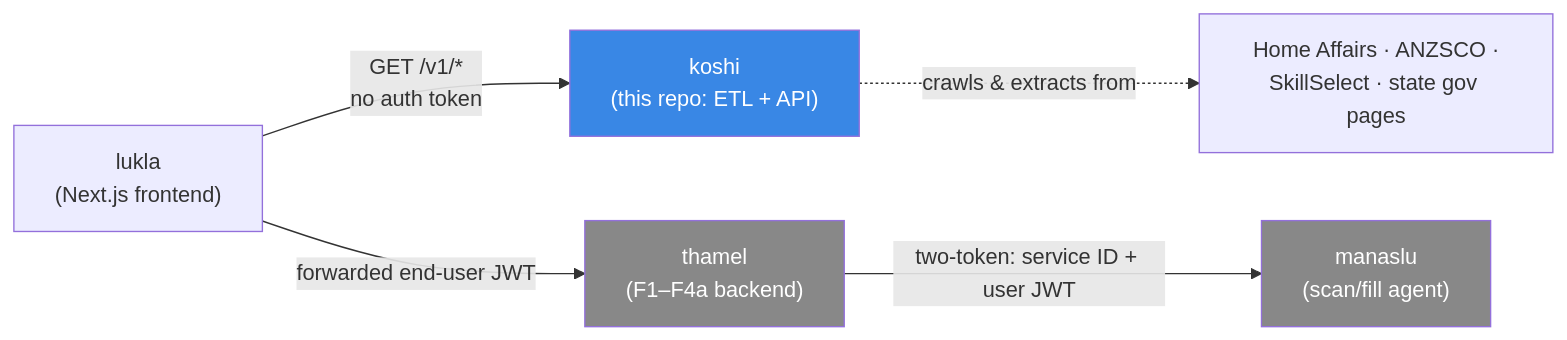
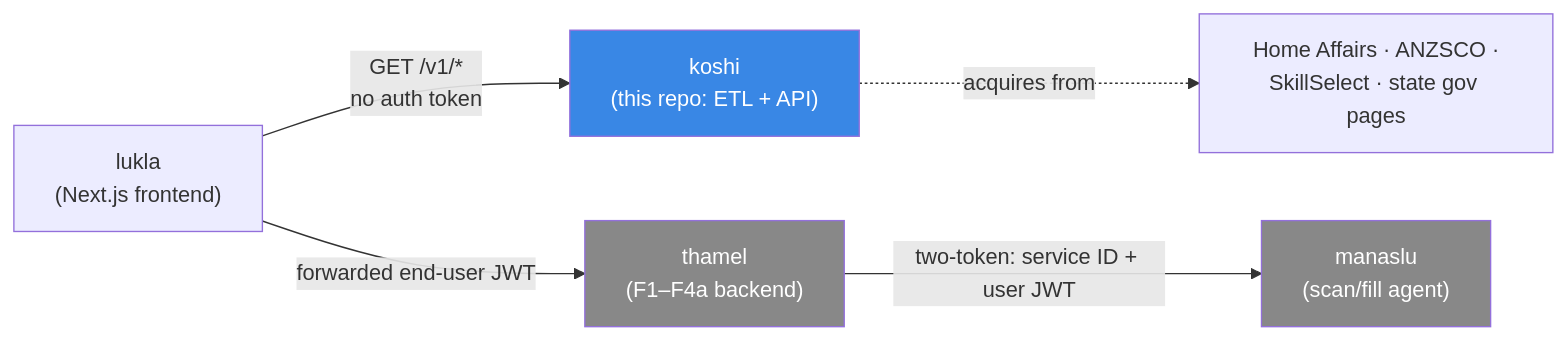
Before and after one commit to judasprabin/koshi: the first of 6 diagrams in docs/superpowers/specs/2026-08-16-koshi-etl-architecture.md, drawn with Mermaid. The commit also changed other lines of this file and 2 other files, not shown here.

First line of the commit message:
Add URL catalog, data model, and rebuilt architecture doc (feedback.md merge)

````diff
--- a/docs/superpowers/specs/2026-08-16-koshi-etl-architecture.md
+++ b/docs/superpowers/specs/2026-08-16-koshi-etl-architecture.md
@@ -120,11 +122,11 @@
 ```mermaid
 graph LR
     lukla["lukla<br/>(Next.js frontend)"] -->|"GET /v1/*<br/>no auth token"| koshi["koshi<br/>(this repo: ETL + API)"]
-    koshi -.->|"crawls & extracts from"| gov["Home Affairs · ANZSCO ·<br/>SkillSelect · state gov pages"]
+    koshi -.->|"acquires from"| gov["Home Affairs · ANZSCO ·<br/>SkillSelect · state gov pages"]
     lukla -->|"forwarded end-user JWT"| thamel["thamel<br/>(F1–F4a backend)"]
     thamel -->|"two-token: service ID + user JWT"| manaslu["manaslu<br/>(scan/fill agent)"]
 
     style koshi fill:#3987e5,color:#fff
     style thamel fill:#888,color:#fff
     style manaslu fill:#888,color:#fff
 ```
````
